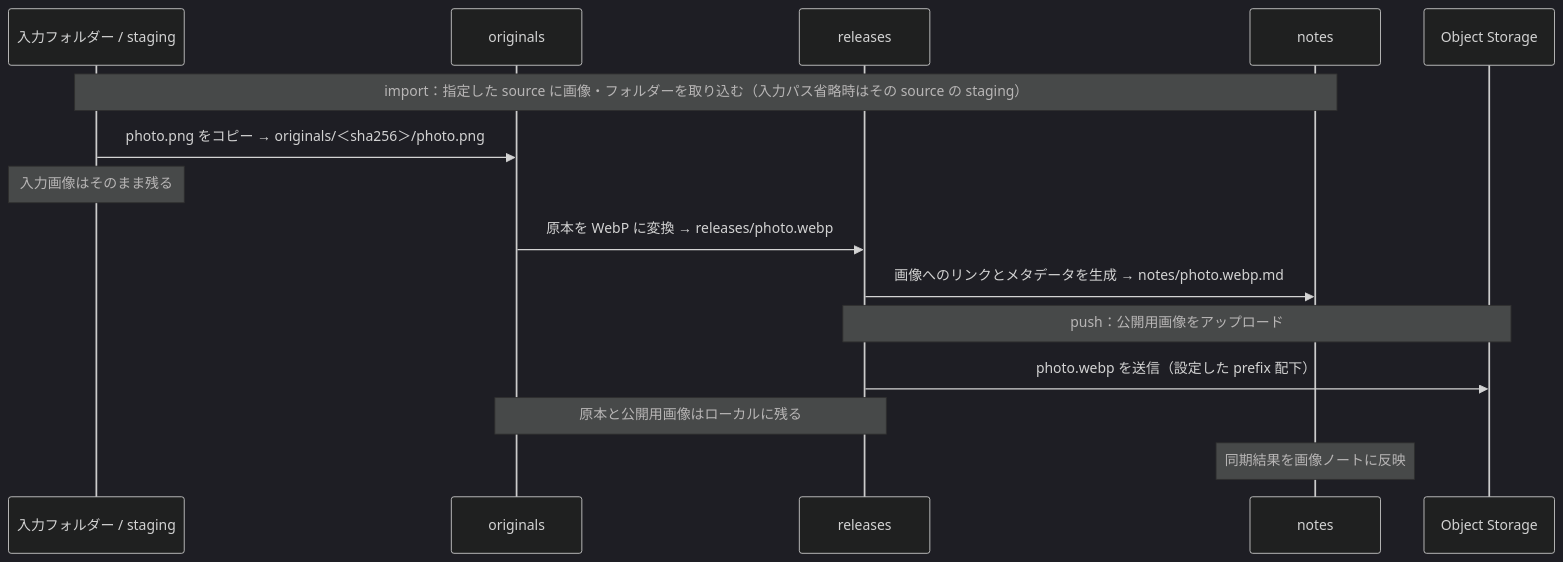
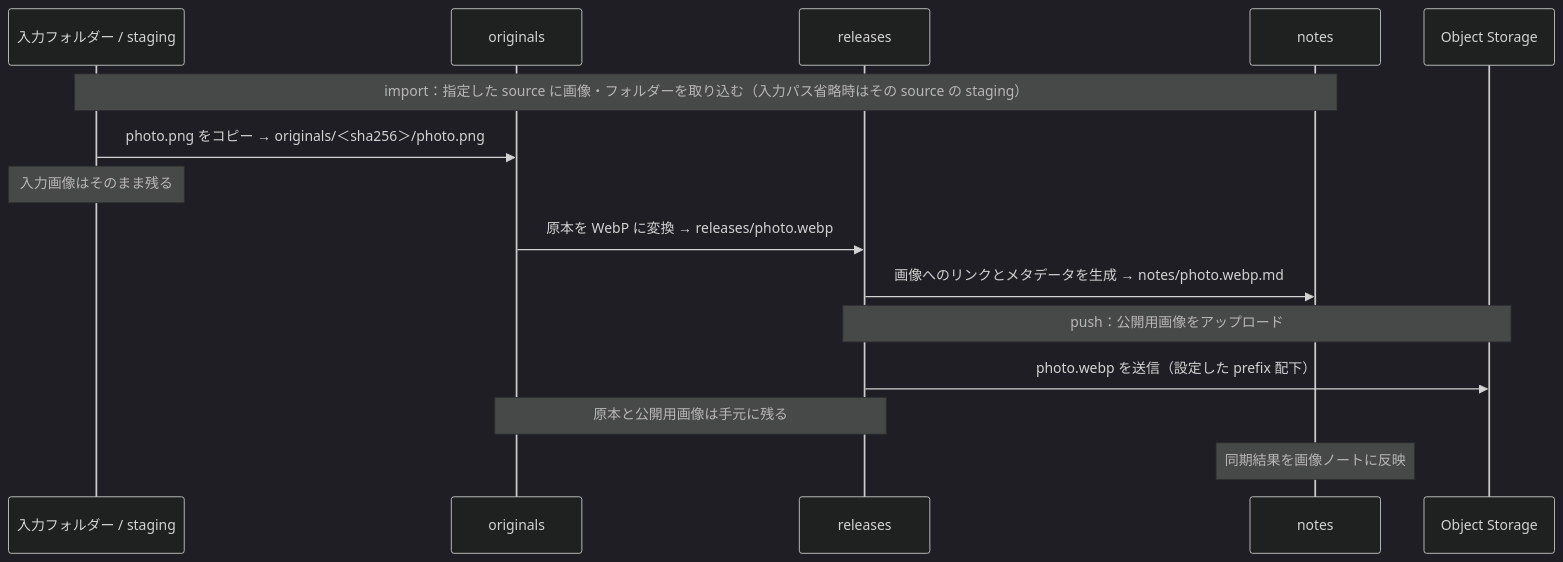
Before and after one commit to tuckn/tkn_object_storage_catalog: the third of 6 diagrams in README.md, drawn with Mermaid (dark theme). The commit also changed other lines of this file and 2 other files, not shown here.

````diff
--- a/README.md
+++ b/README.md
@@ -150,18 +892,18 @@
 ```mermaid
 sequenceDiagram
     participant Input as 入力フォルダー / staging
     participant Originals as originals
     participant Releases as releases
     participant Notes as notes
     participant Cloud as Object Storage
 
     Note over Input,Notes: import：指定した source に画像・フォルダーを取り込む（入力パス省略時はその source の staging）
     Input->>Originals: photo.png をコピー → originals/＜sha256＞/photo.png
     Note over Input: 入力画像はそのまま残る
     Originals->>Releases: 原本を WebP に変換 → releases/photo.webp
     Releases->>Notes: 画像へのリンクとメタデータを生成 → notes/photo.webp.md
     Note over Releases,Cloud: push：公開用画像をアップロード
     Releases->>Cloud: photo.webp を送信（設定した prefix 配下）
-    Note over Originals,Releases: 原本と公開用画像はローカルに残る
+    Note over Originals,Releases: 原本と公開用画像は手元に残る
     Note over Notes: 同期結果を画像ノートに反映
 ```
````
